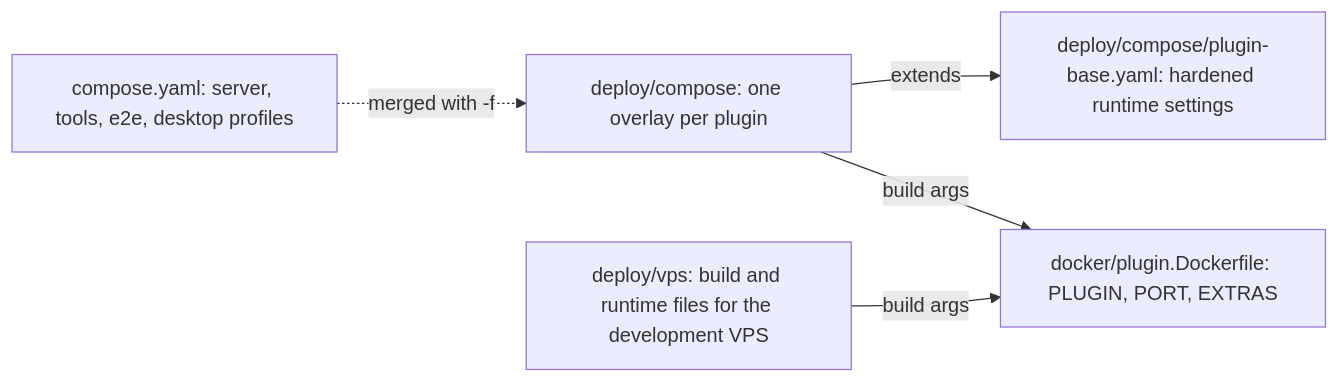
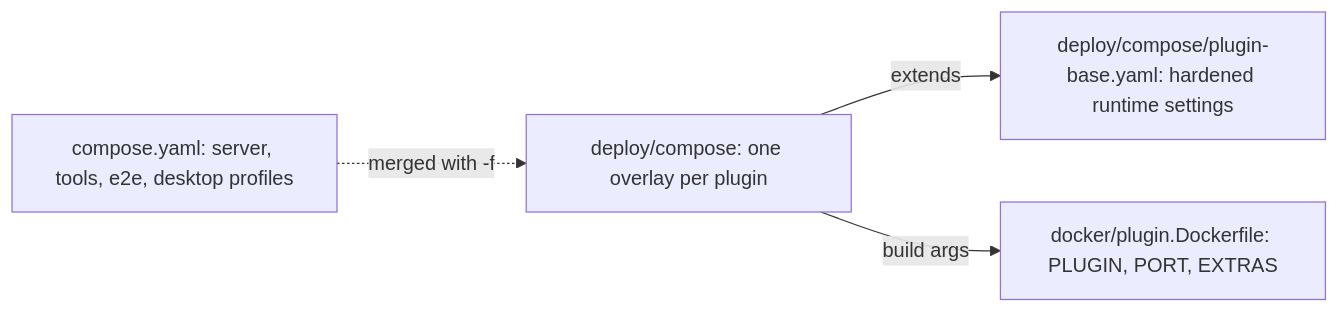
The diagram in docs/development.md (acidiney/hitoapp), drawn with Mermaid before and after one commit. The commit also changed 13 other files, not shown here.

````diff
--- a/docs/development.md
+++ b/docs/development.md
@@ -49,12 +49,10 @@
 ```mermaid
 flowchart LR
   Root[compose.yaml: server, tools, e2e, desktop profiles]
   Base[deploy/compose/plugin-base.yaml: hardened runtime settings]
   Overlays[deploy/compose: one overlay per plugin]
   Dockerfile[docker/plugin.Dockerfile: PLUGIN, PORT, EXTRAS]
-  VPS[deploy/vps: build and runtime files for the development VPS]
   Overlays -->|extends| Base
   Overlays -->|build args| Dockerfile
   Root -. merged with -f .-> Overlays
-  VPS -->|build args| Dockerfile
 ```
````
